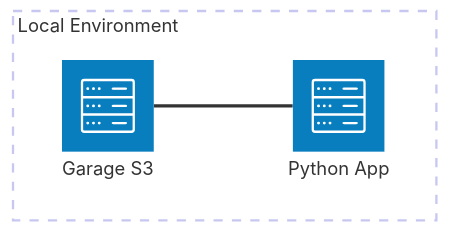
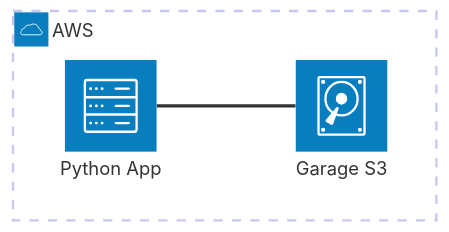
The diagram in src/aws-s3/README.md (raulcastillabravo/mistlock), drawn with Mermaid before and after one commit. The commit also changed other lines of this file and 9 other files, not shown here.

````diff
--- a/src/aws-s3/README.md
+++ b/src/aws-s3/README.md
@@ -7,9 +7,9 @@
 ```mermaid
 architecture-beta
-    group local[Local Environment]
+    group local(cloud)[AWS]
     
-    service garage(server)[Garage S3] in local
+    service garage(disk)[Garage S3] in local
     service app(server)[Python App] in local
     
-    app:L -- R:garage
+    garage:L -- R:app
 ```
````
